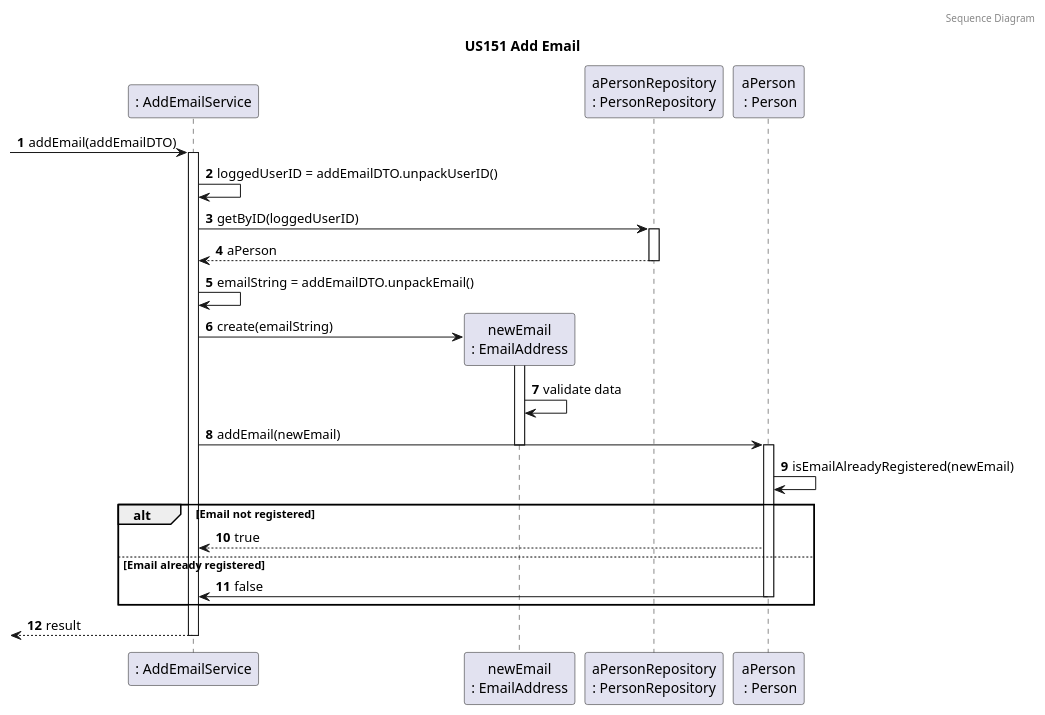
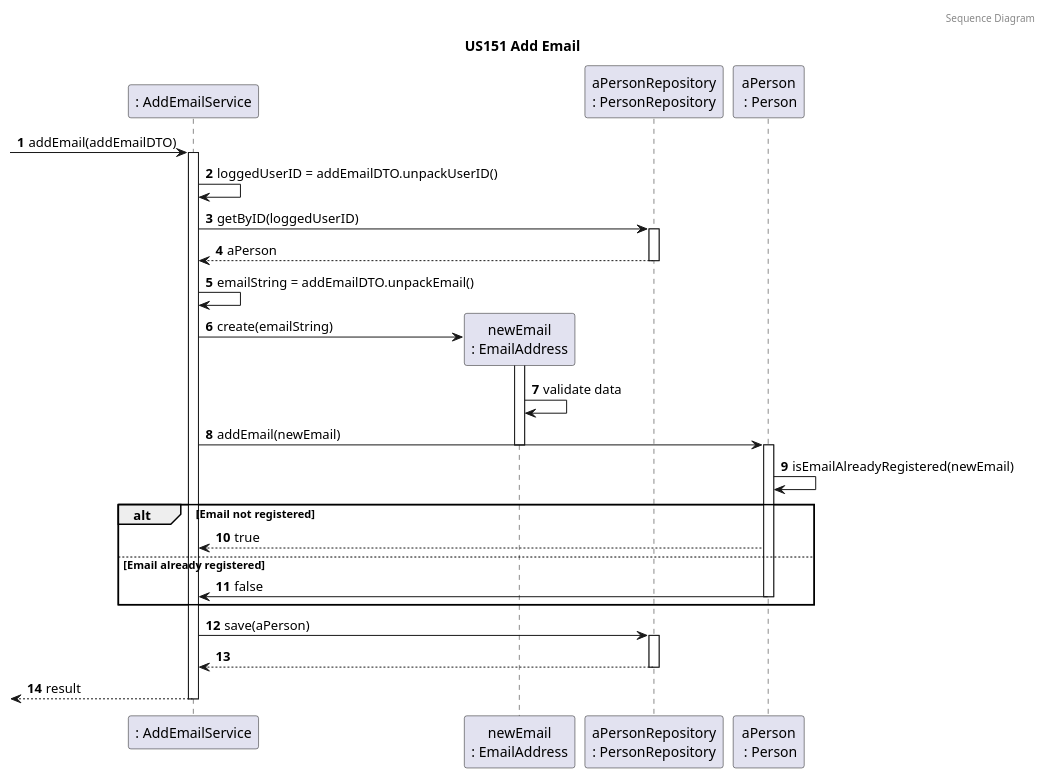
The fourth of 4 diagrams in docs/sprint4/user_stories/US151_AddEmail.md (tomas-osswald/switch_2020_g3), drawn with PlantUML before and after one commit. The commit also changed 7 other files, not shown here.

`````diff
--- a/docs/sprint4/user_stories/US151_AddEmail.md
+++ b/docs/sprint4/user_stories/US151_AddEmail.md
@@ -201,51 +201,51 @@
 ````puml
 @startuml
 
 autonumber
 header Sequence Diagram
 title US151 Add Email
 
 
 participant ": AddEmailService" as service
 participant "newEmail\n: EmailAddress" as email
 participant "aPersonRepository\n: PersonRepository" as prepository
 participant "aPerson\n : Person" as person
 
 -> service : addEmail(addEmailDTO)
 activate service
 
 service -> service : loggedUserID = addEmailDTO.unpackUserID()
 
 service -> prepository : getByID(loggedUserID)
 activate prepository
 return aPerson
 
 service -> service : emailString = addEmailDTO.unpackEmail()
 service -> email** : create(emailString)
 activate email
 email -> email : validate data
 
-
 service -> person: addEmail(newEmail)
 deactivate email
 activate person
 person -> person: isEmailAlreadyRegistered(newEmail)
 
-
 alt Email not registered
 
-
 person --> service: true
-
-
 
 else Email already registered
 
 person -> service: false
 deactivate person
 
 end
+
+service -> prepository : save(aPerson)
+activate prepository
+return
+
 return result
 deactivate service
 @enduml
 ````
`````
